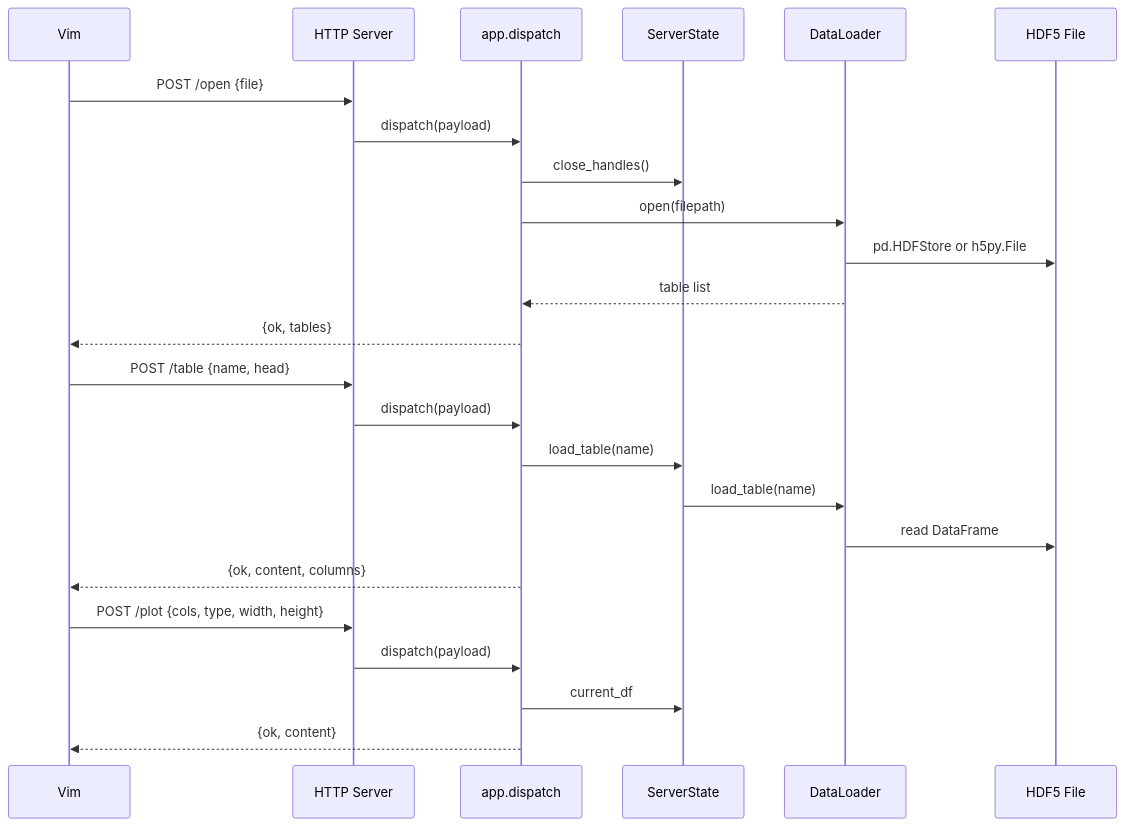
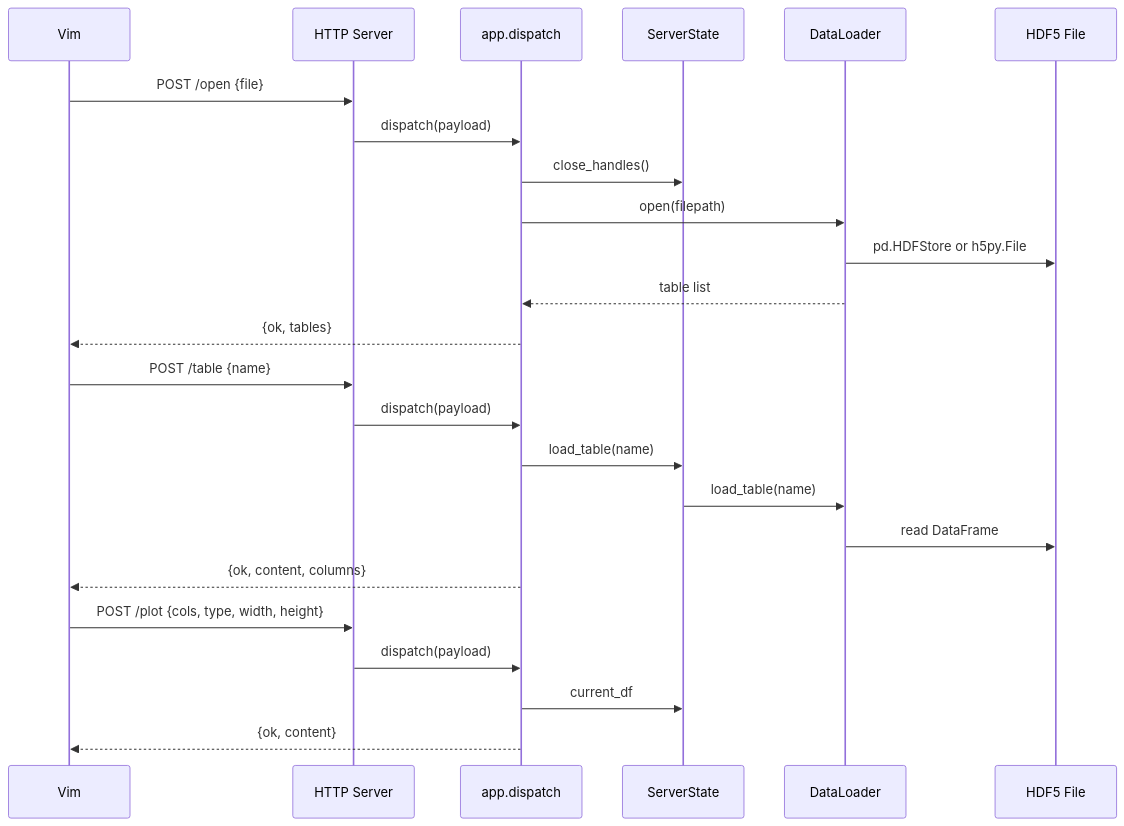
The second of 2 diagrams in python/README.md (Bobcheese39/VIME), drawn with Mermaid before and after one commit. The commit also changed other lines of this file and 19 other files, not shown here.

````diff
--- a/python/README.md
+++ b/python/README.md
@@ -36,29 +35,29 @@
 ```mermaid
 sequenceDiagram
     participant Vim
     participant HTTP as HTTP Server
     participant Dispatch as app.dispatch
     participant State as ServerState
     participant Loader as DataLoader
     participant HDF5 as HDF5 File
 
     Vim->>HTTP: POST /open {file}
     HTTP->>Dispatch: dispatch(payload)
     Dispatch->>State: close_handles()
     Dispatch->>Loader: open(filepath)
     Loader->>HDF5: pd.HDFStore or h5py.File
     Loader-->>Dispatch: table list
     Dispatch-->>Vim: {ok, tables}
 
-    Vim->>HTTP: POST /table {name, head}
+    Vim->>HTTP: POST /table {name}
     HTTP->>Dispatch: dispatch(payload)
     Dispatch->>State: load_table(name)
     State->>Loader: load_table(name)
     Loader->>HDF5: read DataFrame
     Dispatch-->>Vim: {ok, content, columns}
 
     Vim->>HTTP: POST /plot {cols, type, width, height}
     HTTP->>Dispatch: dispatch(payload)
     Dispatch->>State: current_df
     Dispatch-->>Vim: {ok, content}
 ```
````
